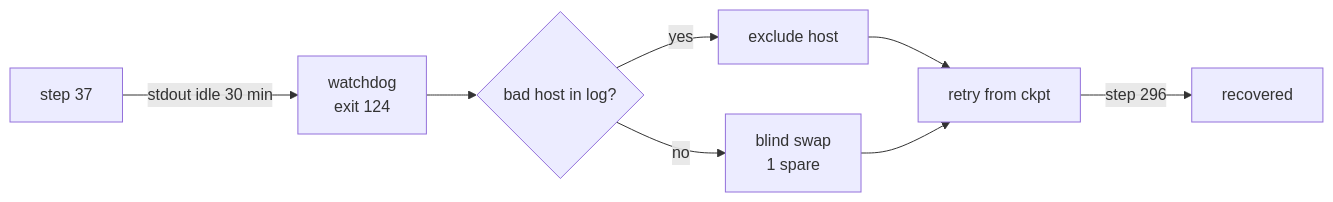
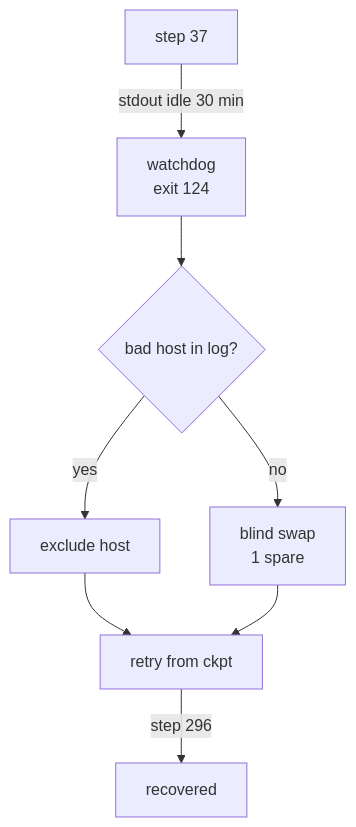
Before and after one commit to saforem2/samf.sh: the fifth of 7 diagrams in web/src/pages/talks/2026/10/21/index.mdx, drawn with Mermaid. The commit also changed other lines of this file and 2 other files, not shown here.

Commit message:
fix(slides): improve mobile chart and diagram layouts

````diff
--- a/web/src/pages/talks/2026/10/21/index.mdx
+++ b/web/src/pages/talks/2026/10/21/index.mdx
@@ -491,10 +494,10 @@
 ```mermaid
-flowchart LR
+flowchart TB
     TRAIN["step 37"] -->|"stdout idle 30 min"| WATCH["watchdog<br/>exit 124"]
     WATCH --> TRACE{"bad host in log?"}
     TRACE -->|yes| EXCLUDE["exclude host"]
     TRACE -->|no| SWAP["blind swap<br/>1 spare"]
     EXCLUDE --> RETRY["retry from ckpt"]
     SWAP --> RETRY
     RETRY -->|"step 296"| DONE["recovered"]
 ```
````
